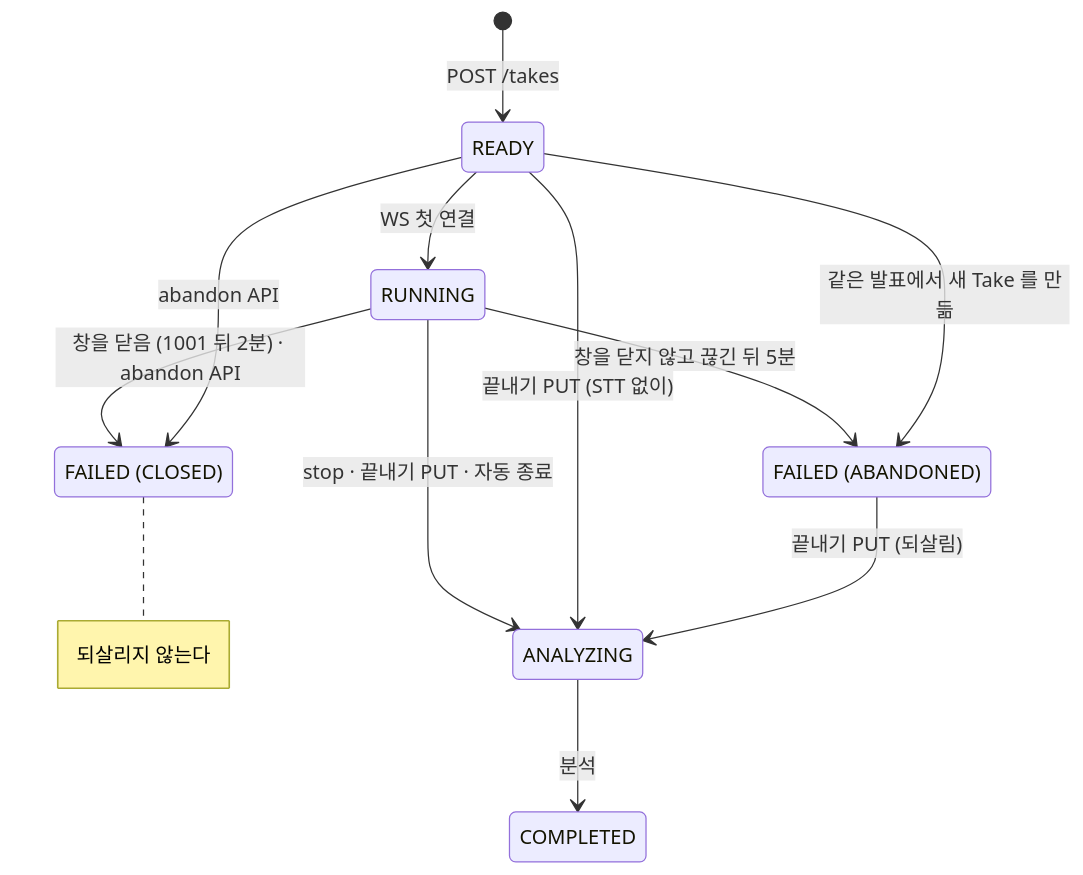
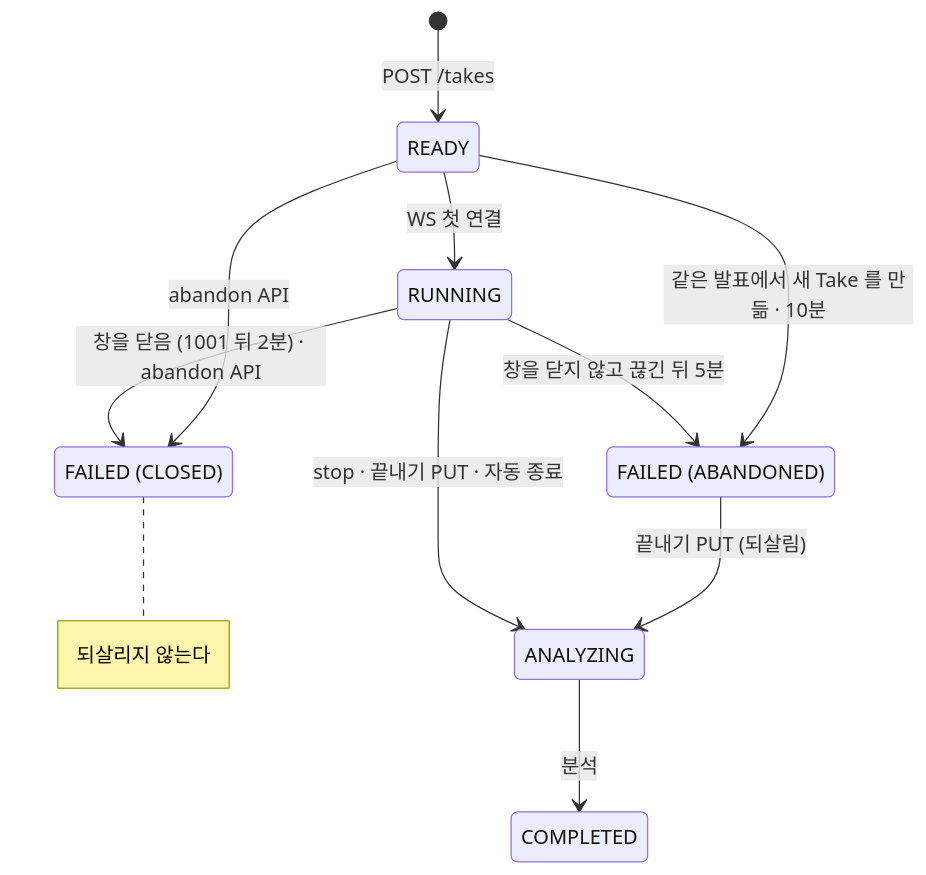
One commit to kakaotechcampus-4/ktc4-pusan-2 changed the diagram in docs/be/take-lifecycle.md. Above: the diagram before and after it, drawn with Mermaid. The commit also changed other lines of this file and 15 other files, not shown here.

````diff
--- a/docs/be/take-lifecycle.md
+++ b/docs/be/take-lifecycle.md
@@ -8,19 +8,18 @@
 ```mermaid
 stateDiagram-v2
     state "FAILED (CLOSED)" as CLOSED
     state "FAILED (ABANDONED)" as ABANDONED
 
     [*] --> READY : POST /takes
     READY --> RUNNING : WS 첫 연결
     RUNNING --> ANALYZING : stop · 끝내기 PUT · 자동 종료
-    READY --> ANALYZING : 끝내기 PUT (STT 없이)
     ANALYZING --> COMPLETED : 분석
 
     RUNNING --> CLOSED : 창을 닫음 (1001 뒤 2분) · abandon API
     READY --> CLOSED : abandon API
     RUNNING --> ABANDONED : 창을 닫지 않고 끊긴 뒤 5분
-    READY --> ABANDONED : 같은 발표에서 새 Take 를 만듦
+    READY --> ABANDONED : 같은 발표에서 새 Take 를 만듦 · 10분
     ABANDONED --> ANALYZING : 끝내기 PUT (되살림)
 
     note right of CLOSED : 되살리지 않는다
 ```
````
